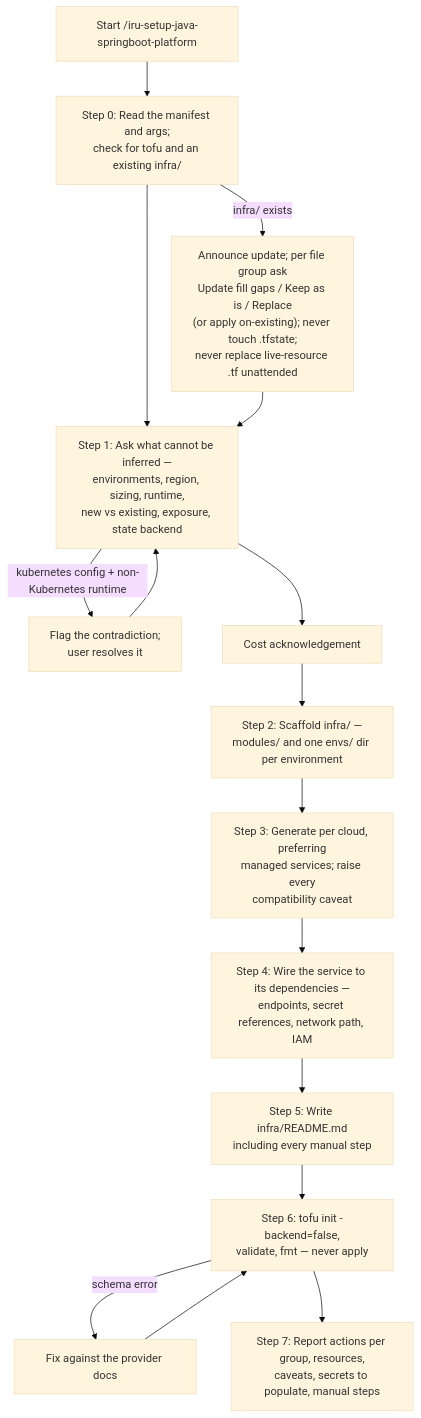
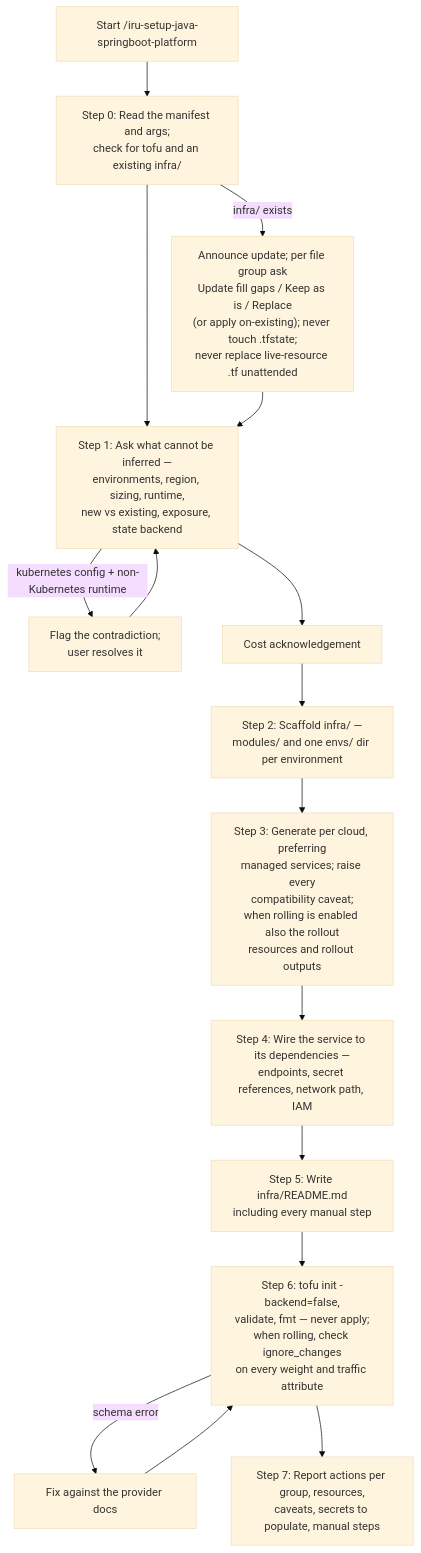
One commit to albertoirurueta/ai-catalog changed the diagram in docs/modules/ROOT/pages/skills/iru-setup-java-springboot-platform.adoc. Above: the diagram before and after it, drawn with Mermaid (base theme). The commit also changed other lines of this file and 16 other files, not shown here.

```diff
--- a/docs/modules/ROOT/pages/skills/iru-setup-java-springboot-platform.adoc
+++ b/docs/modules/ROOT/pages/skills/iru-setup-java-springboot-platform.adoc
@@ -150,19 +202,19 @@
 [mermaid]
 ....
 flowchart TD
     A["Start /iru-setup-java-springboot-platform"] --> B["Step 0: Read the manifest and args;\ncheck for tofu and an existing infra/"]
     B -- infra/ exists --> C["Announce update; per file group ask\nUpdate fill gaps / Keep as is / Replace\n(or apply on-existing); never touch .tfstate;\nnever replace live-resource .tf unattended"]
     B --> D["Step 1: Ask what cannot be inferred —\nenvironments, region, sizing, runtime,\nnew vs existing, exposure, state backend"]
     C --> D
     D -- kubernetes config + non-Kubernetes runtime --> E["Flag the contradiction;\nuser resolves it"]
     E --> D
     D --> F["Cost acknowledgement"]
     F --> G["Step 2: Scaffold infra/ —\nmodules/ and one envs/ dir per environment"]
-    G --> H["Step 3: Generate per cloud, preferring\nmanaged services; raise every\ncompatibility caveat"]
+    G --> H["Step 3: Generate per cloud, preferring\nmanaged services; raise every\ncompatibility caveat;\nwhen rolling is enabled also the rollout\nresources and rollout outputs"]
     H --> I["Step 4: Wire the service to its dependencies —\nendpoints, secret references, network path, IAM"]
     I --> J["Step 5: Write infra/README.md\nincluding every manual step"]
-    J --> K["Step 6: tofu init -backend=false,\nvalidate, fmt — never apply"]
+    J --> K["Step 6: tofu init -backend=false,\nvalidate, fmt — never apply;\nwhen rolling, check ignore_changes\non every weight and traffic attribute"]
     K -- schema error --> L["Fix against the provider docs"]
     L --> K
     K --> M["Step 7: Report actions per group, resources,\ncaveats, secrets to populate, manual steps"]
 ....
```
